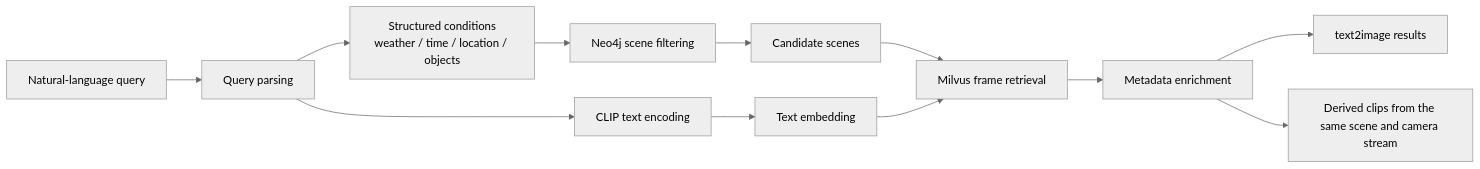
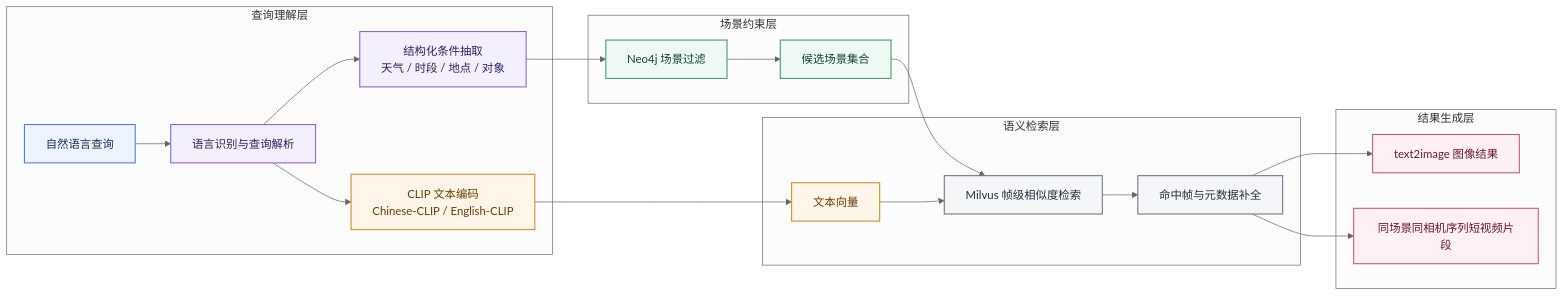
Before and after one commit to wn1017/KG_Scene_Retrieval: the diagram in README.md, drawn with Mermaid (neutral theme). The commit also changed other lines of this file, not shown here.

````diff
--- a/README.md
+++ b/README.md
@@ -33,14 +29,32 @@
 ```mermaid
 flowchart LR
-    A["Natural-language query"] --> B["Query parsing"]
-    B --> C["Structured conditions<br/>weather / time / location / objects"]
-    C --> D["Neo4j scene filtering"]
-    B --> E["CLIP text encoding"]
-    D --> F["Candidate scenes"]
-    E --> G["Text embedding"]
-    F --> H["Milvus frame retrieval"]
-    G --> H
-    H --> I["Metadata enrichment"]
-    I --> J["text2image results"]
-    I --> K["Derived clips from the same scene and camera stream"]
+    classDef input fill:#eef4ff,stroke:#4f7ecf,stroke-width:1.5px,color:#16325c;
+    classDef parse fill:#f3efff,stroke:#8a63d2,stroke-width:1.5px,color:#34205c;
+    classDef kg fill:#eef9f3,stroke:#3f9b6d,stroke-width:1.5px,color:#12452f;
+    classDef clip fill:#fff5e8,stroke:#d28a2d,stroke-width:1.5px,color:#6b3d07;
+    classDef search fill:#f4f6f8,stroke:#6b7785,stroke-width:1.5px,color:#23303d;
+    classDef output fill:#fff0f3,stroke:#c85a7a,stroke-width:1.5px,color:#6a1831;
+
+    subgraph S1["查询理解层"]
+        A["自然语言查询"]:::input --> B["语言识别与查询解析"]:::parse
+        B --> C["结构化条件抽取<br/>天气 / 时段 / 地点 / 对象"]:::parse
+        B --> D["CLIP 文本编码<br/>Chinese-CLIP / English-CLIP"]:::clip
+    end
+
+    subgraph S2["场景约束层"]
+        C --> E["Neo4j 场景过滤"]:::kg
+        E --> F["候选场景集合"]:::kg
+    end
+
+    subgraph S3["语义检索层"]
+        D --> G["文本向量"]:::clip
+        F --> H["Milvus 帧级相似度检索"]:::search
+        G --> H
+        H --> I["命中帧与元数据补全"]:::search
+    end
+
+    subgraph S4["结果生成层"]
+        I --> J["text2image 图像结果"]:::output
+        I --> K["同场景同相机序列短视频片段"]:::output
+    end
 ```
````
